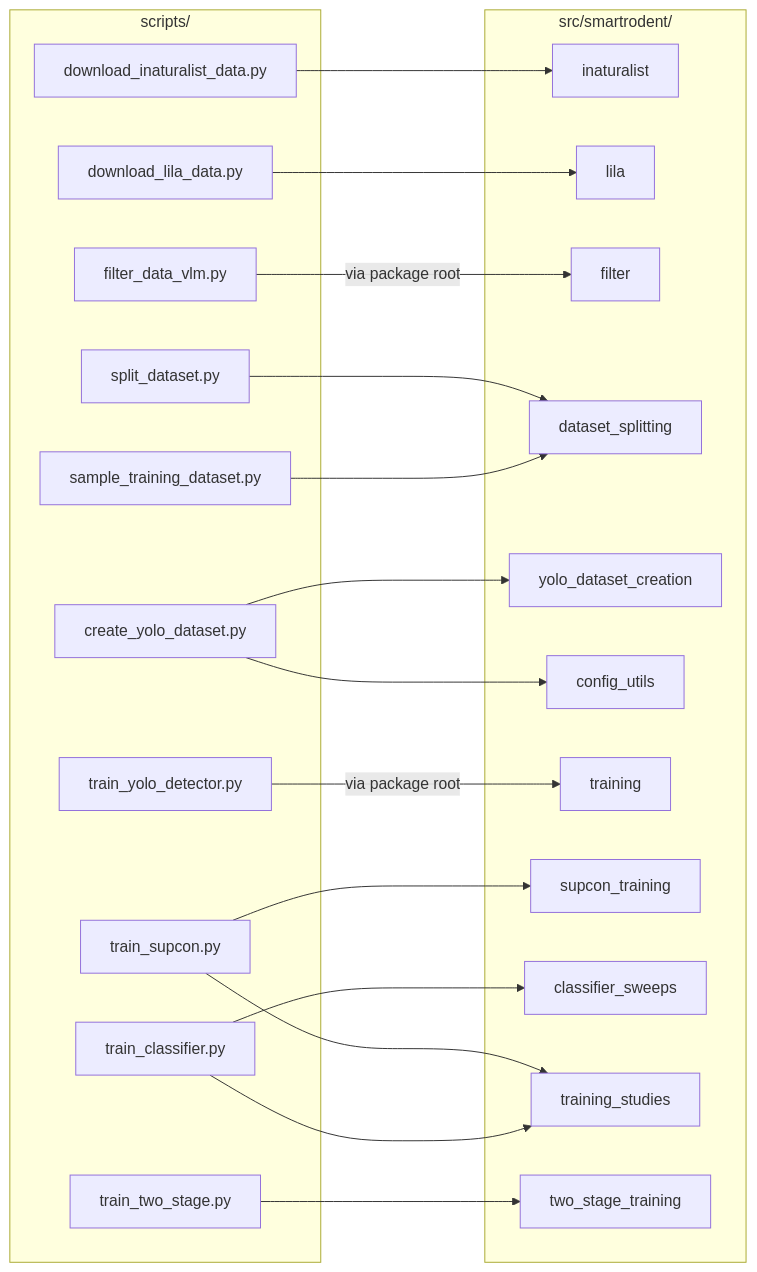
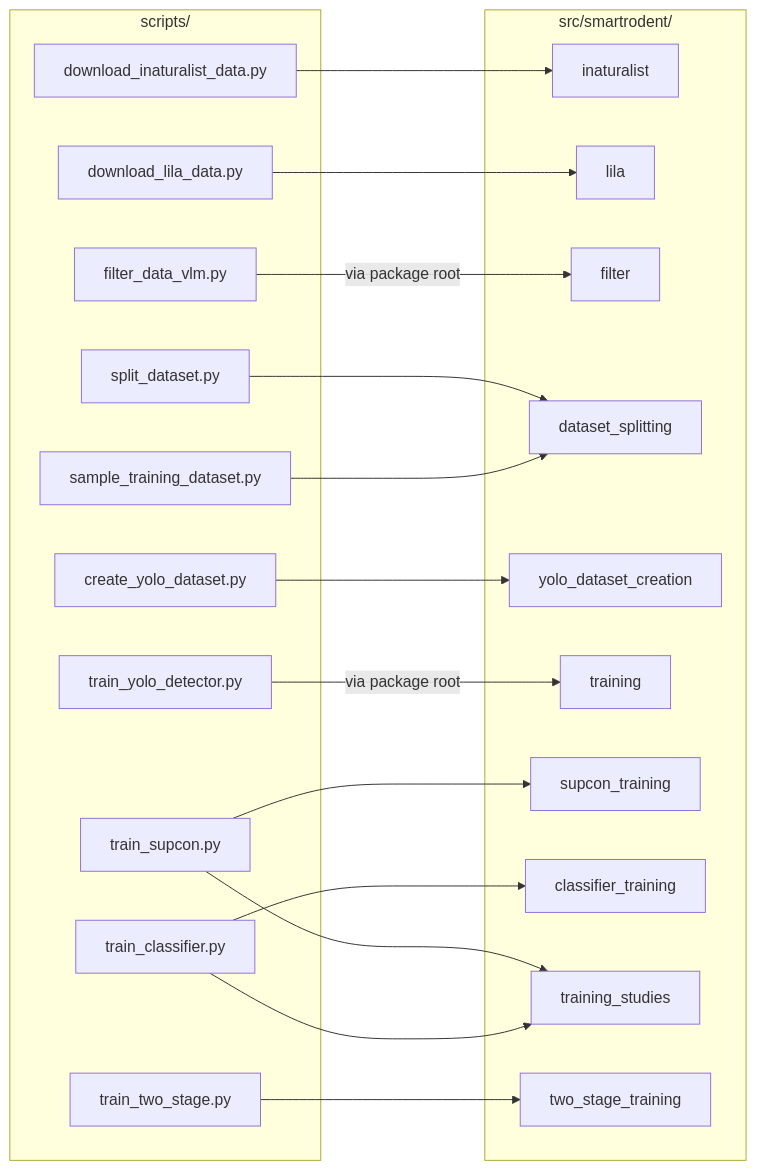
Before and after one commit to ssciwr/smartrodent_experiments: the first of 7 diagrams in README.md, drawn with Mermaid. The commit also changed other lines of this file and 55 other files, not shown here.

````diff
--- a/README.md
+++ b/README.md
@@ -152,43 +152,41 @@
 ```mermaid
 flowchart LR
     subgraph scripts["scripts/"]
         s_inat[download_inaturalist_data.py]
         s_lila[download_lila_data.py]
         s_filter[filter_data_vlm.py]
         s_split[split_dataset.py]
         s_sample[sample_training_dataset.py]
         s_yolo[create_yolo_dataset.py]
         s_det[train_yolo_detector.py]
         s_supcon[train_supcon.py]
         s_clf[train_classifier.py]
         s_two[train_two_stage.py]
     end
 
     subgraph lib["src/smartrodent/"]
         inaturalist
         lila
         filter
         dataset_splitting
         yolo_dataset_creation
-        config_utils
         training
         supcon_training
-        classifier_sweeps
+        classifier_training
         training_studies
         two_stage_training
     end
 
     s_inat --> inaturalist
     s_lila --> lila
     s_filter -->|via package root| filter
     s_split --> dataset_splitting
     s_sample --> dataset_splitting
     s_yolo --> yolo_dataset_creation
-    s_yolo --> config_utils
     s_det -->|via package root| training
     s_supcon --> supcon_training
     s_supcon --> training_studies
-    s_clf --> classifier_sweeps
+    s_clf --> classifier_training
     s_clf --> training_studies
     s_two --> two_stage_training
 ```
````
